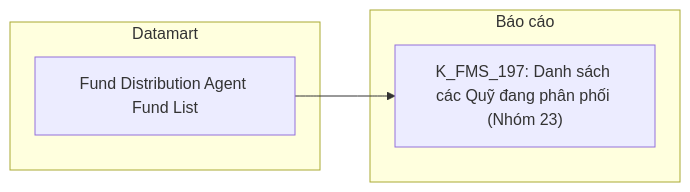
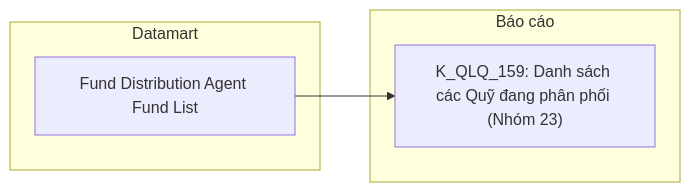
One commit to linhlvit/ubck_atomic_design changed diagram 32 of 37 in Datamart/hld/DTM_QLQ_HLD.md. Above: the diagram before and after it, drawn with Mermaid. The commit also changed other lines of this file and 5 other files, not shown here.

````diff
--- a/Datamart/hld/DTM_QLQ_HLD.md
+++ b/Datamart/hld/DTM_QLQ_HLD.md
@@ -1411,10 +1412,10 @@
 ```mermaid
 flowchart LR
     subgraph GOLD["Datamart"]
         G1["Fund Distribution Agent Fund List"]
     end
     subgraph RPT["Báo cáo"]
-        R1["K_FMS_197: Danh sách các Quỹ đang phân phối (Nhóm 23)"]
+        R1["K_QLQ_159: Danh sách các Quỹ đang phân phối (Nhóm 23)"]
     end
     G1 --> R1
 ```
````
